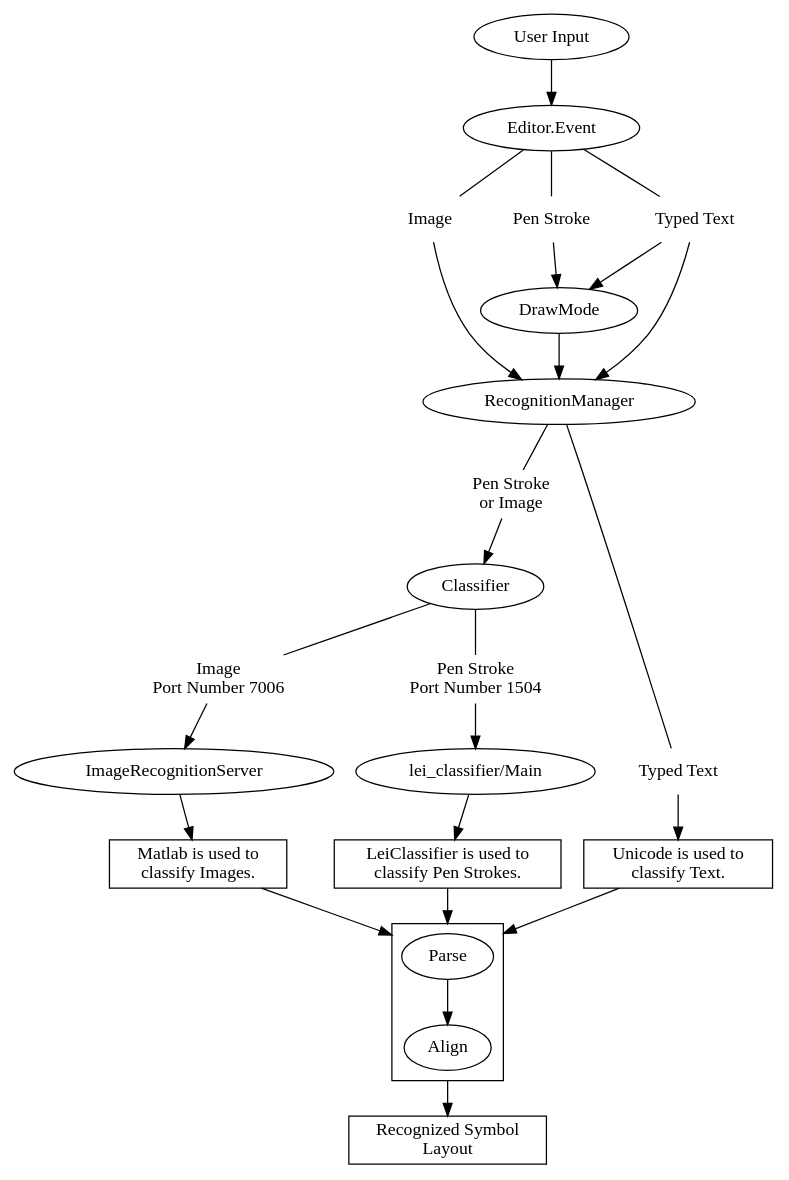
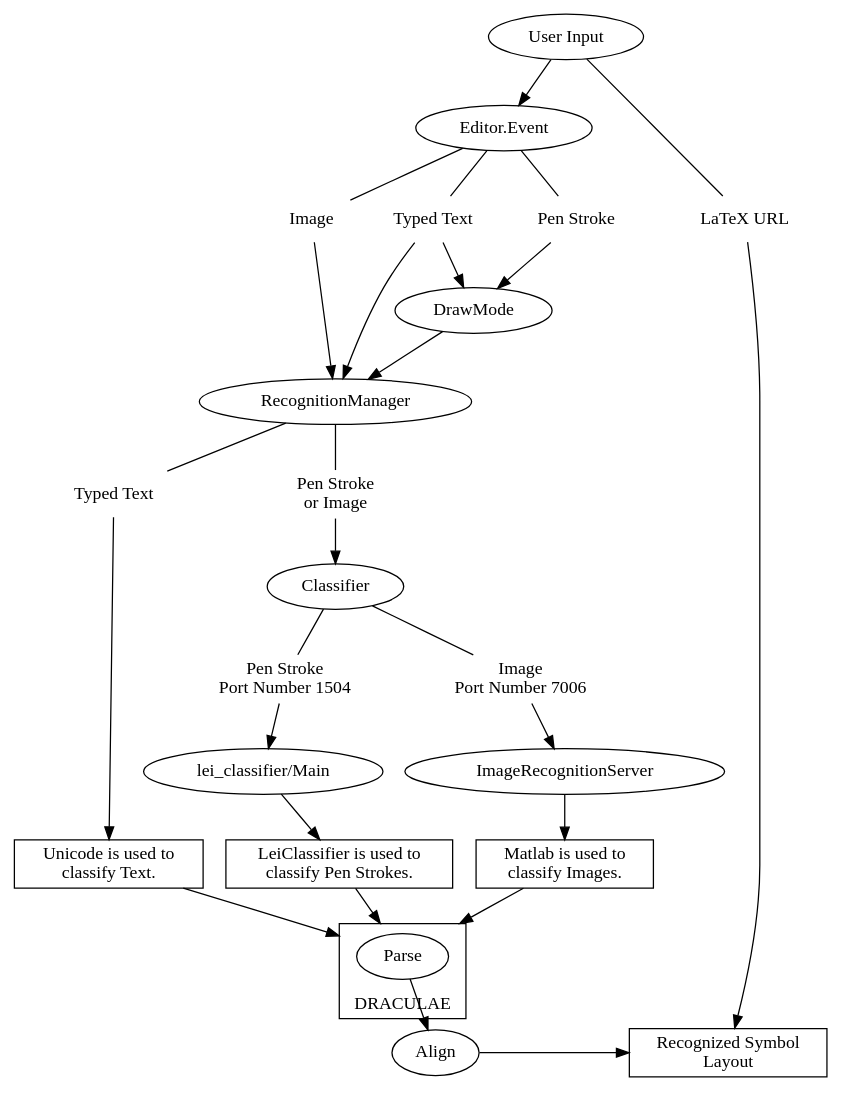
Before and after one commit to DPRL/min: the diagram in pen_entry/doc/min_process.dot, drawn with Graphviz.

Commit message:
Added LaTeX strings to the diagram

```diff
--- a/pen_entry/doc/min_process.dot
+++ b/pen_entry/doc/min_process.dot
@@ -1,60 +1,69 @@
 digraph min_process {
 	compound = true;
 	
     UI [label="User Input"];
     EE [label="Editor.Event"];
     PS1 [label="Pen Stroke",shape="plaintext"];
     IM1 [label="Image",shape="plaintext"];
     TT1 [label="Typed Text",shape="plaintext"];
+    LURL [label="LaTeX URL",shape="plaintext"];
     DM [label="DrawMode"];
     RM [label="RecognitionManager"];
     CL [label="Classifier"];
     PPS [label="Pen Stroke\nPort Number 1504",shape="plaintext"];
     PIM [label="Image\nPort Number 7006",shape="plaintext"];
     LC [label="lei_classifier/Main"];
     IRS [label="ImageRecognitionServer"];
     PSoIM [label="Pen Stroke\nor Image",shape="plaintext"];
     ETT [label="Unicode is used to\nclassify Text.",shape="box"];
     EIM [label="Matlab is used to\nclassify Images.",shape="box"];
     EPS [label="LeiClassifier is used to\nclassify Pen Strokes.",shape="box"];    
     TT2 [label="Typed Text",shape="plaintext"];
     OUT [label="Recognized Symbol\nLayout",shape="box"];
     
 	subgraph cluster_align {
+        label="DRACULAE";
+        labelloc="b";
         PA [label="Parse"];
         AL [label="Align"];
         PA -> AL;
     }
 
+    {rank=same; ETT EPS EIM}
+
     ETT -> PA [lhead=cluster_align];
     EPS -> PA [lhead=cluster_align];
     EIM -> PA [lhead=cluster_align];
+
+    {rank=same; OUT AL}
     AL -> OUT [ltail=cluster_align];
 
-    {rank=same; PS1 IM1 TT1}
+    {rank=same; LURL PS1 IM1 TT1}
     
     UI -> EE;
     EE -> PS1 [arrowhead="none"];
     EE -> IM1 [arrowhead="none"];
     EE -> TT1 [arrowhead="none"];
+    UI -> LURL [arrowhead="none"];
+    LURL -> OUT;
 
     PS1 -> DM;
     TT1 -> DM;
     
     TT1 -> RM;
     IM1 -> RM;
     DM -> RM;
     RM -> TT2 [arrowhead="none"];
     RM -> PSoIM [arrowhead="none"];
     PSoIM->CL;
     
     TT2 -> ETT;
 
     CL -> PPS [arrowhead="none"];
     PPS -> LC;
     LC -> EPS;
 
     CL -> PIM [arrowhead="none"];
     PIM -> IRS;
     IRS -> EIM;
 }
```
